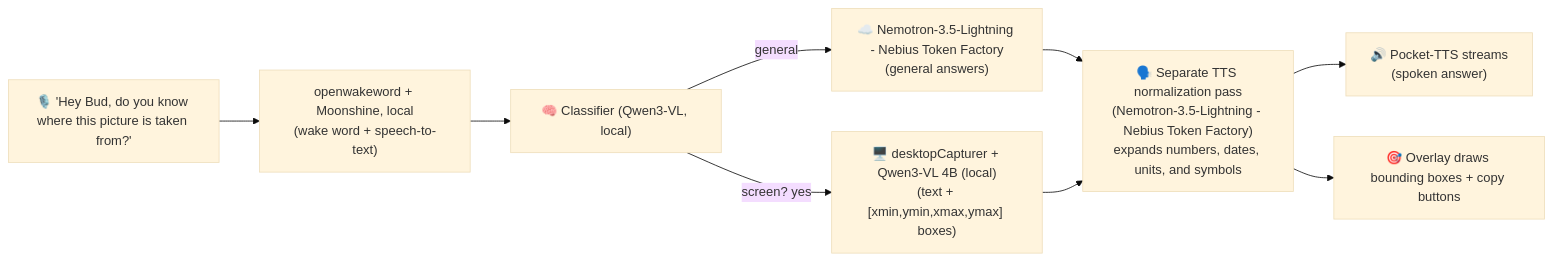
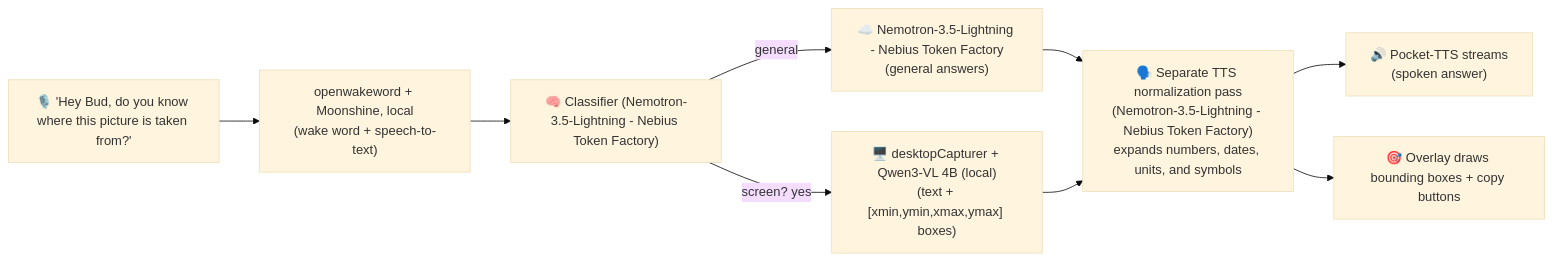
One commit to bud-2026/bud changed the diagram in README.md. Above: the diagram before and after it, drawn with Mermaid (base theme). The commit also changed 1 other file, not shown here.

Commit message:
chore: remove comments + update readme

````diff
--- a/README.md
+++ b/README.md
@@ -103,25 +103,25 @@
 ```mermaid
 graph LR
     %% Nodes
     Input["🎙️ 'Hey Bud, do you know where this picture is taken from?'"]
     STT["openwakeword + Moonshine, local\n(wake word + speech-to-text)"]
-    Classifier["🧠 Classifier (Qwen3-VL, local)"]
+    Classifier["🧠 Classifier (Nemotron-3.5-Lightning - Nebius Token Factory)"]
     Nebius["☁️ Nemotron-3.5-Lightning - Nebius Token Factory\n(general answers)"]
     DesktopCap["🖥️ desktopCapturer + Qwen3-VL 4B (local)\n(text + [xmin,ymin,xmax,ymax] boxes)"]
     TTSNorm["🗣️ Separate TTS normalization pass\n(Nemotron-3.5-Lightning - Nebius Token Factory)\nexpands numbers, dates, units, and symbols"]
     PocketTTS["🔊 Pocket-TTS streams\n(spoken answer)"]
     Overlay["🎯 Overlay draws bounding boxes + copy buttons"]
 
     %% Connections
     Input --> STT
     STT --> Classifier
 
     Classifier -->|general| Nebius
     Classifier -->|screen? yes| DesktopCap
 
     Nebius --> TTSNorm
     DesktopCap --> TTSNorm
 
     TTSNorm --> PocketTTS
     TTSNorm --> Overlay
 ```
````
